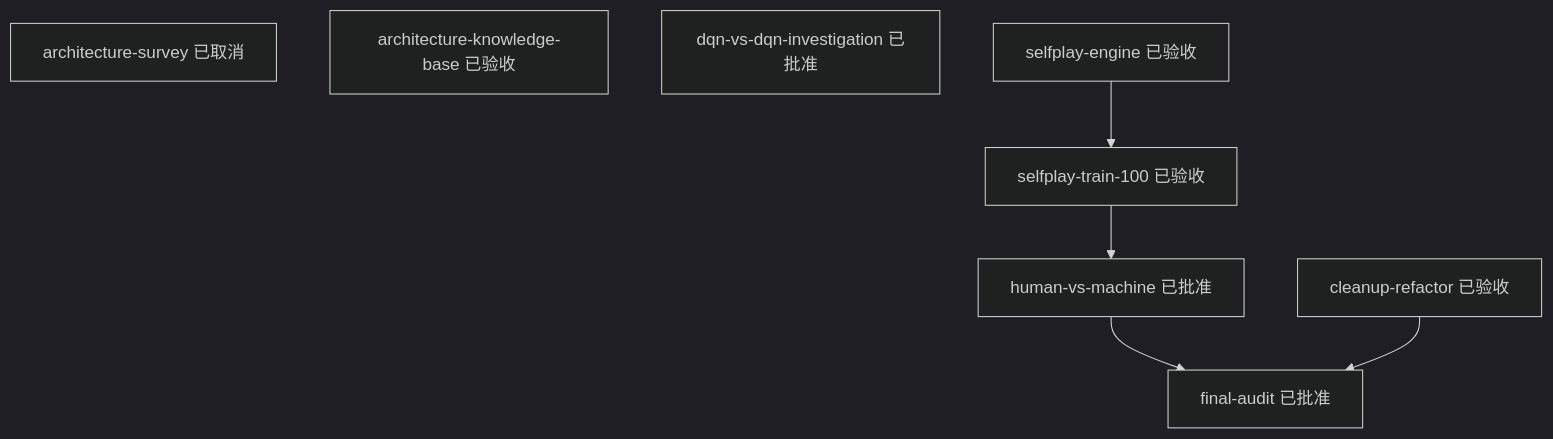
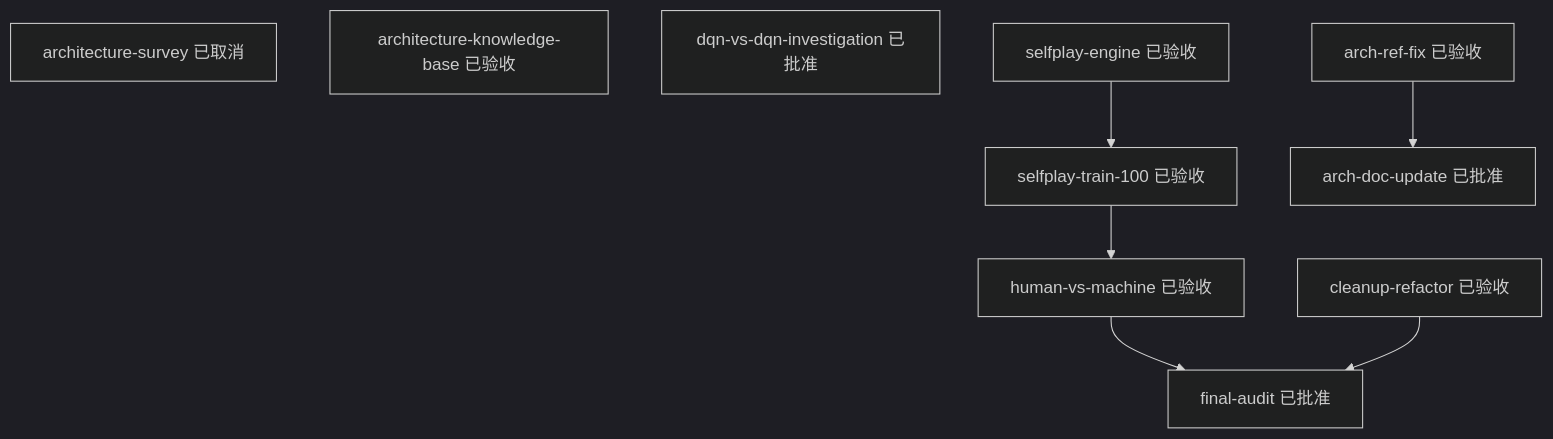
One commit to luduihang/game_rendering changed the diagram in management/views/TASKS.md. Above: the diagram before and after it, drawn with Mermaid (dark theme). The commit also changed other lines of this file and 24 other files, not shown here.

````diff
--- a/management/views/TASKS.md
+++ b/management/views/TASKS.md
@@ -25,15 +29,18 @@
 ```mermaid
 graph TD
   architecture_survey["architecture-survey 已取消"]
   architecture_knowledge_base["architecture-knowledge-base 已验收"]
   dqn_vs_dqn_investigation["dqn-vs-dqn-investigation 已批准"]
   selfplay_engine["selfplay-engine 已验收"]
   cleanup_refactor["cleanup-refactor 已验收"]
   selfplay_train_100["selfplay-train-100 已验收"]
-  human_vs_machine["human-vs-machine 已批准"]
+  human_vs_machine["human-vs-machine 已验收"]
   final_audit["final-audit 已批准"]
+  arch_ref_fix["arch-ref-fix 已验收"]
+  arch_doc_update["arch-doc-update 已批准"]
   selfplay_engine --> selfplay_train_100
   selfplay_train_100 --> human_vs_machine
   human_vs_machine --> final_audit
   cleanup_refactor --> final_audit
+  arch_ref_fix --> arch_doc_update
 ```
````
